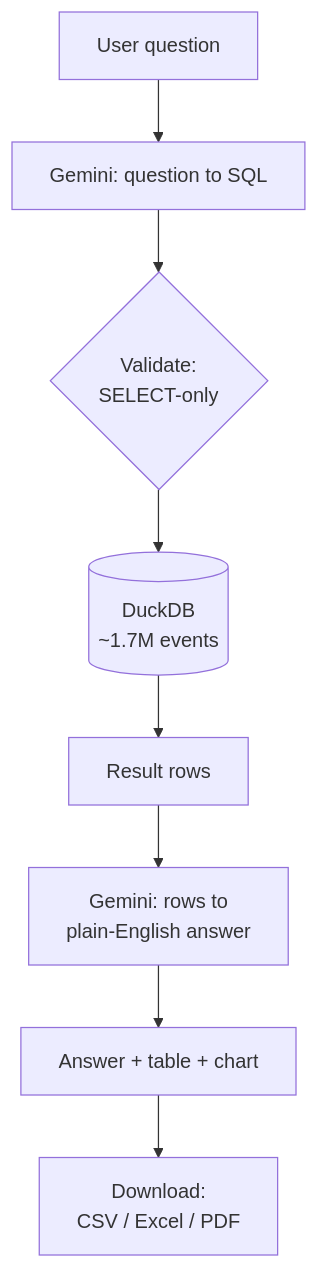
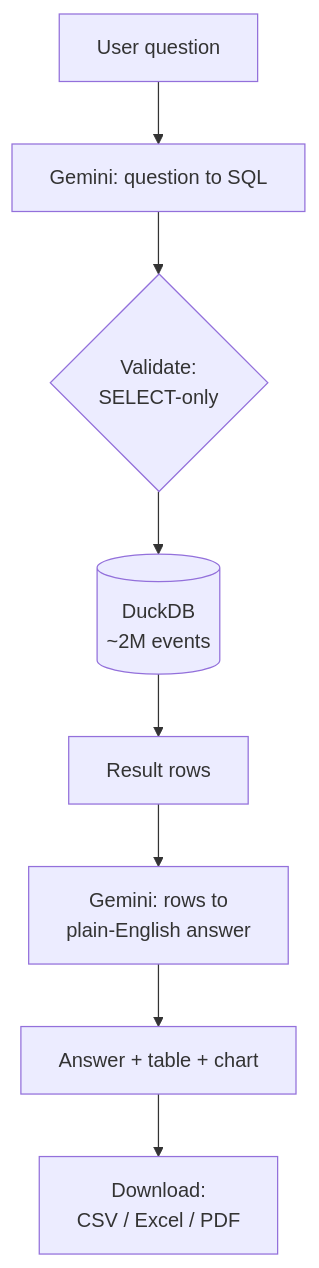
One commit to akhilsai007/StormQuery-Text-to-SQL-Q-A-Chatbot changed the diagram in README.md. Above: the diagram before and after it, drawn with Mermaid. The commit also changed other lines of this file and 4 other files, not shown here.

````diff
--- a/README.md
+++ b/README.md
@@ -43,10 +43,10 @@
 ```mermaid
 flowchart TD
     Q[User question] --> L1[Gemini: question to SQL]
     L1 --> V{Validate:<br/>SELECT-only}
-    V --> DB[(DuckDB<br/>~1.7M events)]
+    V --> DB[(DuckDB<br/>~2M events)]
     DB --> R[Result rows]
     R --> L2[Gemini: rows to<br/>plain-English answer]
     L2 --> OUT[Answer + table + chart]
     OUT --> D[Download:<br/>CSV / Excel / PDF]
 ```
````
